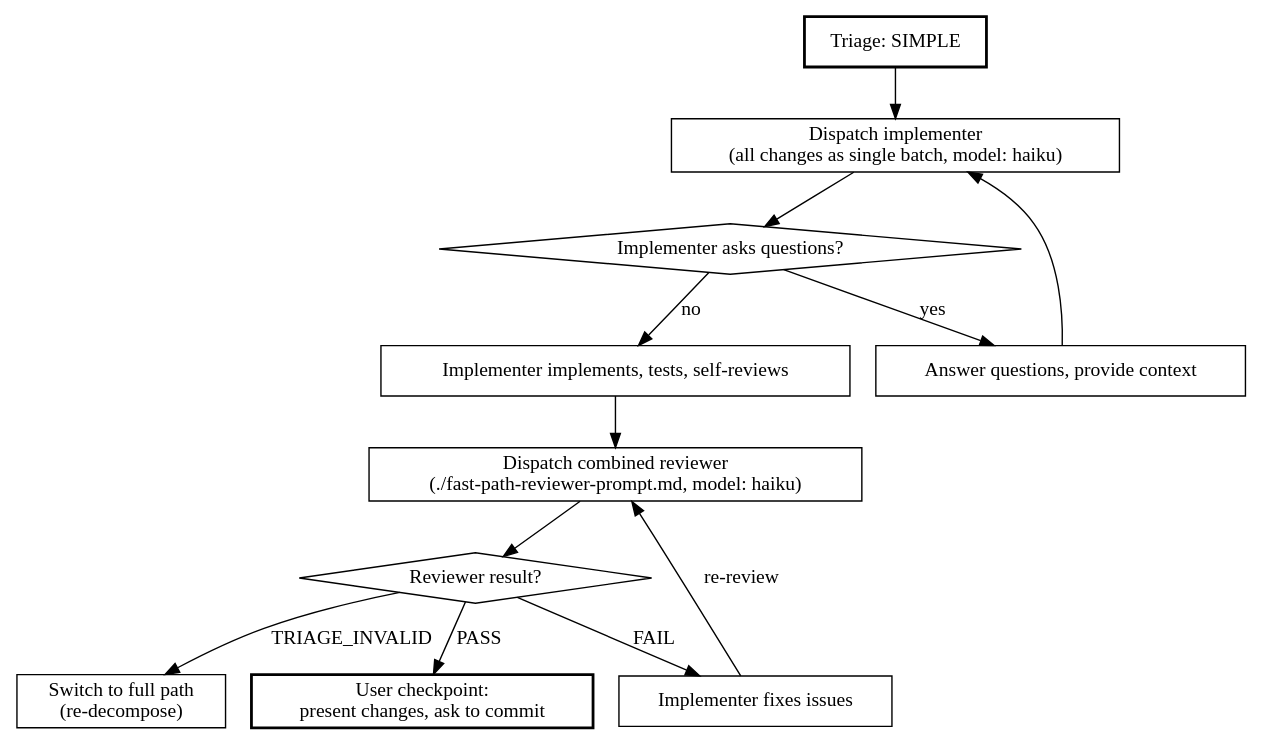
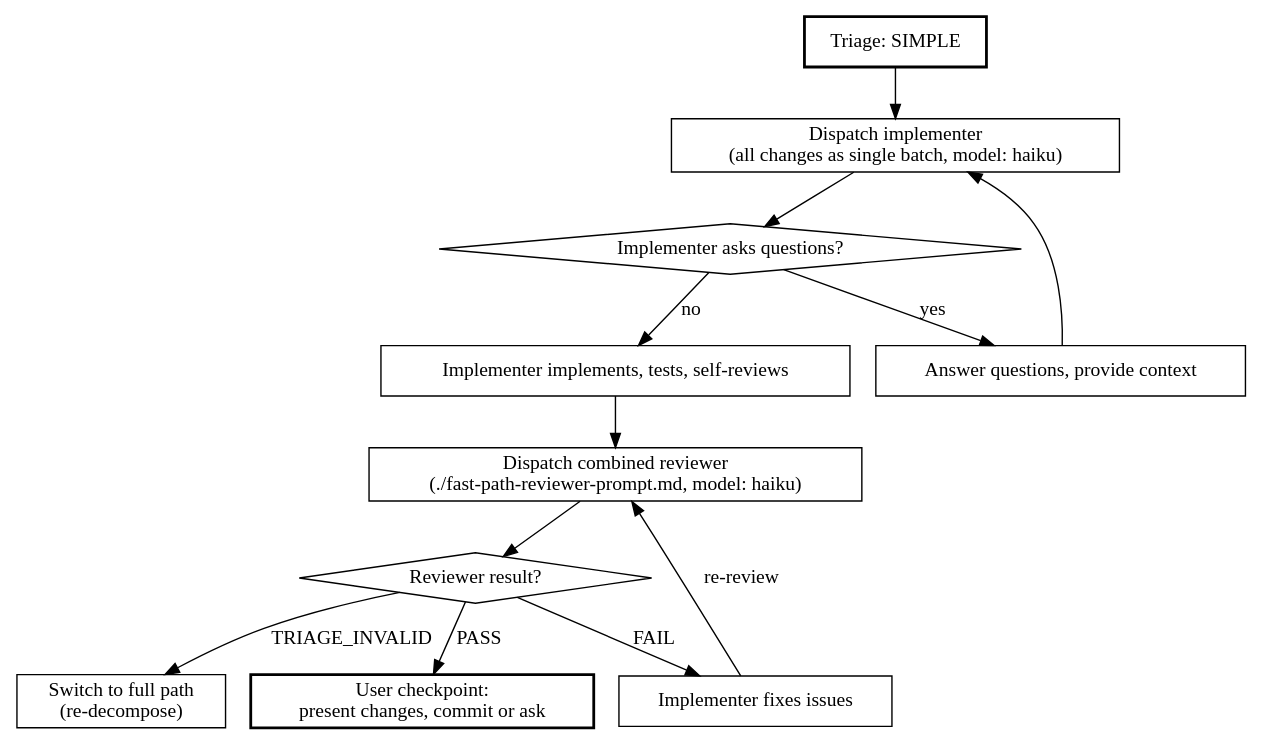
The second of 3 diagrams in ai/skills/subagent-driven-development/SKILL.md (philipobenito/dot), drawn with Graphviz before and after one commit. The commit also changed other lines of this file, not shown here.

Commit message:
Add user commit preference options to subagent-driven development

````diff
--- a/ai/skills/subagent-driven-development/SKILL.md
+++ b/ai/skills/subagent-driven-development/SKILL.md
@@ -144,28 +153,28 @@
 ```dot
 digraph fast_path {
     rankdir=TB;
 
     "Triage: SIMPLE" [shape=box, style=bold];
     "Dispatch implementer\n(all changes as single batch, model: haiku)" [shape=box];
     "Implementer asks questions?" [shape=diamond];
     "Answer questions, provide context" [shape=box];
     "Implementer implements, tests, self-reviews" [shape=box];
     "Dispatch combined reviewer\n(./fast-path-reviewer-prompt.md, model: haiku)" [shape=box];
     "Reviewer result?" [shape=diamond];
     "Implementer fixes issues" [shape=box];
     "Switch to full path\n(re-decompose)" [shape=box];
-    "User checkpoint:\npresent changes, ask to commit" [shape=box, style=bold];
+    "User checkpoint:\npresent changes, commit or ask" [shape=box, style=bold];
 
     "Triage: SIMPLE" -> "Dispatch implementer\n(all changes as single batch, model: haiku)";
     "Dispatch implementer\n(all changes as single batch, model: haiku)" -> "Implementer asks questions?";
     "Implementer asks questions?" -> "Answer questions, provide context" [label="yes"];
     "Answer questions, provide context" -> "Dispatch implementer\n(all changes as single batch, model: haiku)";
     "Implementer asks questions?" -> "Implementer implements, tests, self-reviews" [label="no"];
     "Implementer implements, tests, self-reviews" -> "Dispatch combined reviewer\n(./fast-path-reviewer-prompt.md, model: haiku)";
     "Dispatch combined reviewer\n(./fast-path-reviewer-prompt.md, model: haiku)" -> "Reviewer result?";
-    "Reviewer result?" -> "User checkpoint:\npresent changes, ask to commit" [label="PASS"];
+    "Reviewer result?" -> "User checkpoint:\npresent changes, commit or ask" [label="PASS"];
     "Reviewer result?" -> "Implementer fixes issues" [label="FAIL"];
     "Reviewer result?" -> "Switch to full path\n(re-decompose)" [label="TRIAGE_INVALID"];
     "Implementer fixes issues" -> "Dispatch combined reviewer\n(./fast-path-reviewer-prompt.md, model: haiku)" [label="re-review"];
 }
 ```
````
